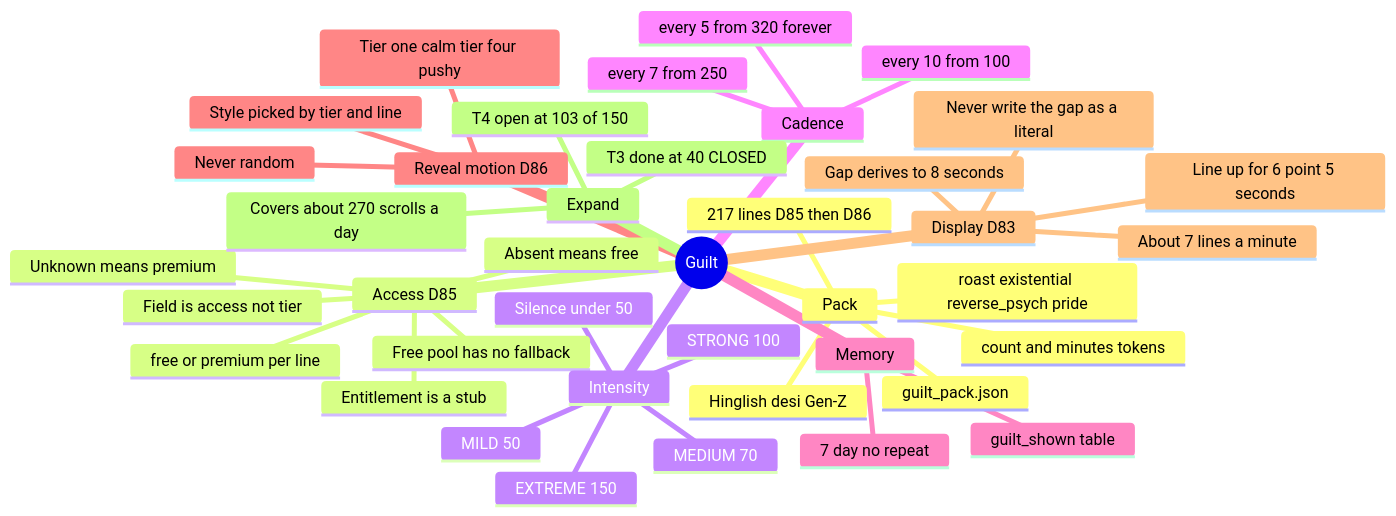
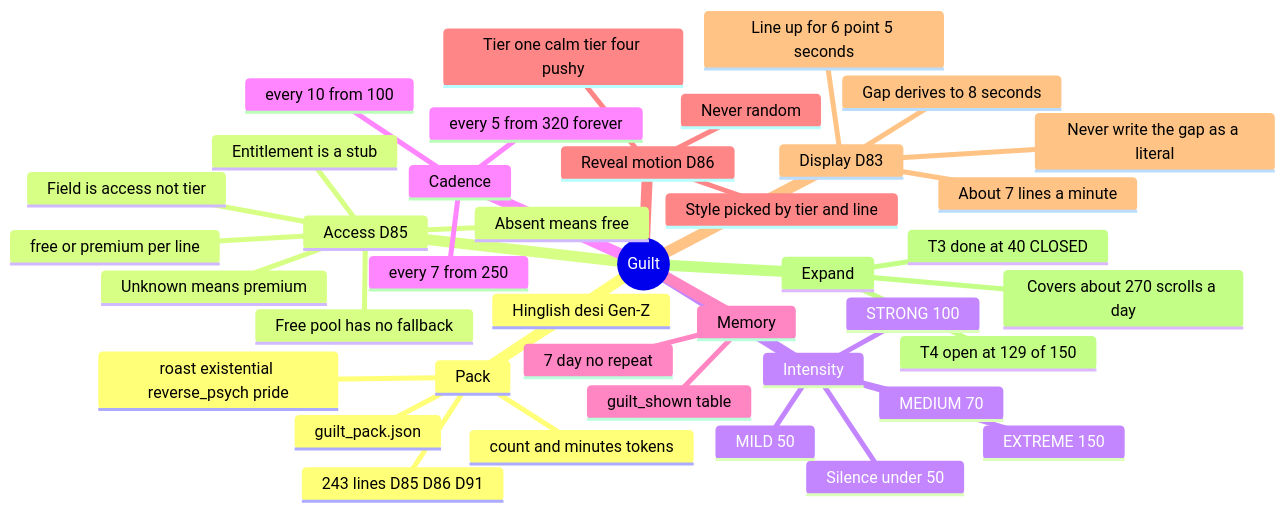
Before and after one commit to BasitScribe/ScrollKiller: the diagram in ScrollKiller/Guilt.md, drawn with Mermaid. The commit also changed other lines of this file and 22 other files, not shown here.

````diff
--- a/ScrollKiller/Guilt.md
+++ b/ScrollKiller/Guilt.md
@@ -7,43 +7,43 @@
 ```mermaid
 mindmap
   root((Guilt))
     Pack
       guilt_pack.json
       roast existential reverse_psych pride
-      217 lines D85 then D86
+      243 lines D85 D86 D91
       Hinglish desi Gen-Z
       count and minutes tokens
     Access D85
       free or premium per line
       Field is access not tier
       Absent means free
       Unknown means premium
       Free pool has no fallback
       Entitlement is a stub
     Intensity
       Silence under 50
       MILD 50
       MEDIUM 70
       STRONG 100
       EXTREME 150
     Cadence
       every 10 from 100
       every 7 from 250
       every 5 from 320 forever
     Memory
       7 day no repeat
       guilt_shown table
     Reveal motion D86
       Style picked by tier and line
       Never random
       Tier one calm tier four pushy
     Display D83
       Line up for 6 point 5 seconds
       Gap derives to 8 seconds
       About 7 lines a minute
       Never write the gap as a literal
     Expand
       T3 done at 40 CLOSED
-      T4 open at 103 of 150
+      T4 open at 129 of 150
       Covers about 270 scrolls a day
 ```
````
